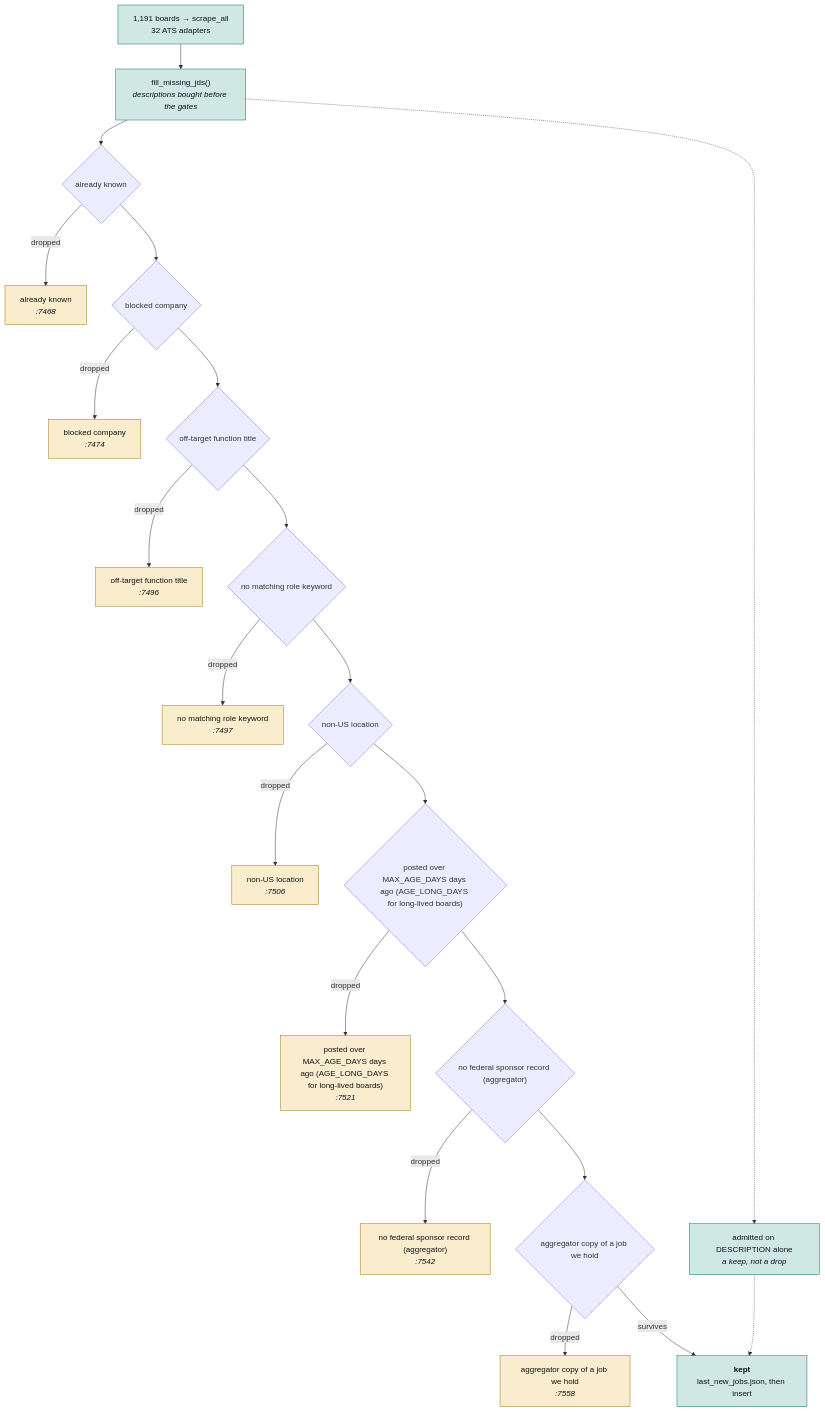
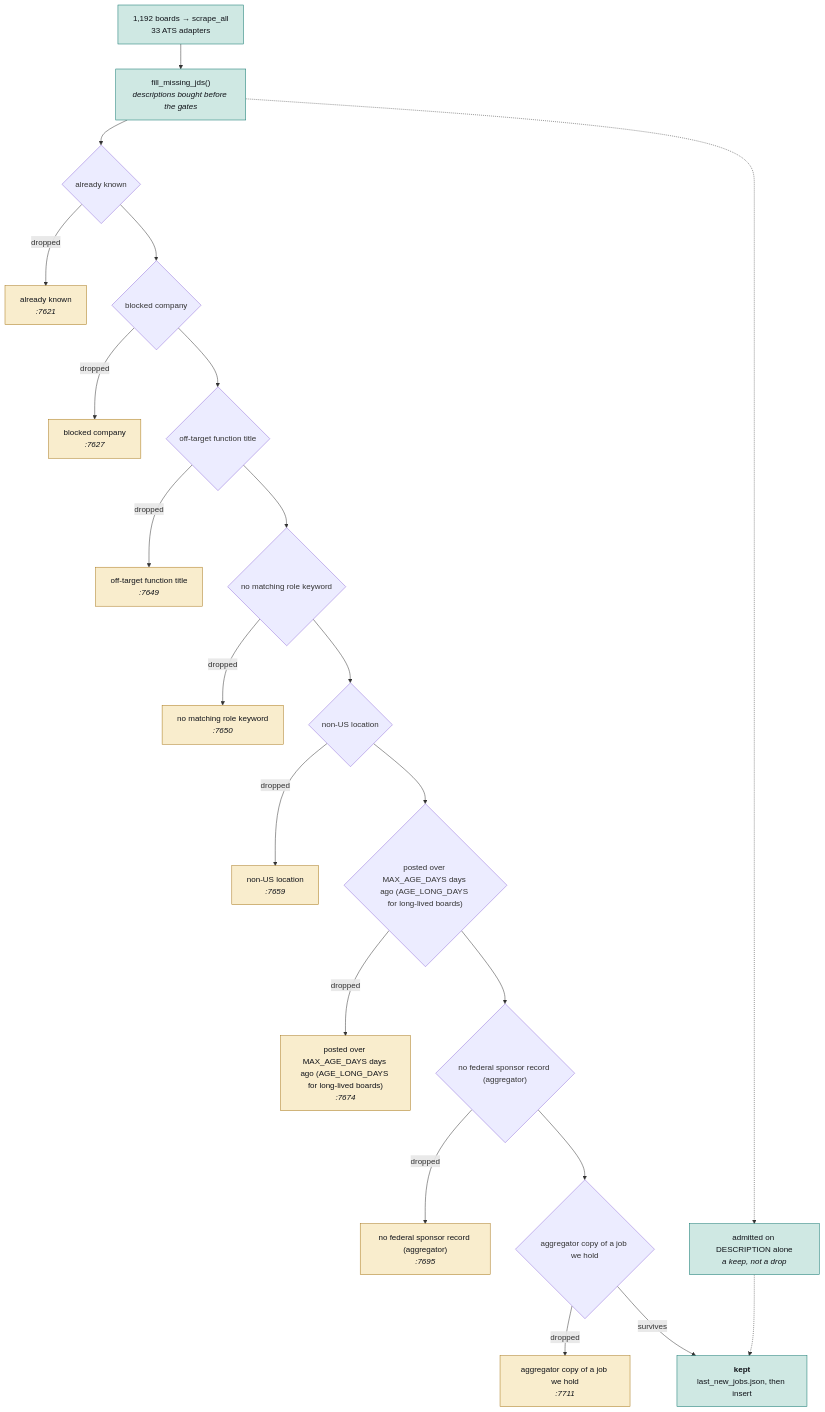
The second of 4 diagrams in JobMatch Scraper/docs/ARCHITECTURE.md (hadakunal909-debug/job-search-tool), drawn with Mermaid before and after one commit. The commit also changed other lines of this file and 6 other files, not shown here.

````diff
--- a/JobMatch Scraper/docs/ARCHITECTURE.md
+++ b/JobMatch Scraper/docs/ARCHITECTURE.md
@@ -106,54 +106,54 @@
 ```mermaid
 flowchart TB
-  SRC["1,191 boards → scrape_all<br/>32 ATS adapters"]
+  SRC["1,192 boards → scrape_all<br/>33 ATS adapters"]
   JD["fill_missing_jds()<br/><i>descriptions bought before the gates</i>"]
   SRC --> JD
   G0{"already known"}
-  D0["already known<br/><i>:7468</i>"]
+  D0["already known<br/><i>:7621</i>"]
   JD --> G0
   G0 -->|dropped| D0
   class D0 trap
   G1{"blocked company"}
-  D1["blocked company<br/><i>:7474</i>"]
+  D1["blocked company<br/><i>:7627</i>"]
   G0 --> G1
   G1 -->|dropped| D1
   class D1 trap
   G2{"off-target function title"}
-  D2["off-target function title<br/><i>:7496</i>"]
+  D2["off-target function title<br/><i>:7649</i>"]
   G1 --> G2
   G2 -->|dropped| D2
   class D2 trap
   G3{"no matching role keyword"}
-  D3["no matching role keyword<br/><i>:7497</i>"]
+  D3["no matching role keyword<br/><i>:7650</i>"]
   G2 --> G3
   G3 -->|dropped| D3
   class D3 trap
   G4{"non-US location"}
-  D4["non-US location<br/><i>:7506</i>"]
+  D4["non-US location<br/><i>:7659</i>"]
   G3 --> G4
   G4 -->|dropped| D4
   class D4 trap
   G5{"posted over MAX_AGE_DAYS days ago (AGE_LONG_DAYS for long-lived boards)"}
-  D5["posted over MAX_AGE_DAYS days ago (AGE_LONG_DAYS for long-lived boards)<br/><i>:7521</i>"]
+  D5["posted over MAX_AGE_DAYS days ago (AGE_LONG_DAYS for long-lived boards)<br/><i>:7674</i>"]
   G4 --> G5
   G5 -->|dropped| D5
   class D5 trap
   G6{"no federal sponsor record (aggregator)"}
-  D6["no federal sponsor record (aggregator)<br/><i>:7542</i>"]
+  D6["no federal sponsor record (aggregator)<br/><i>:7695</i>"]
   G5 --> G6
   G6 -->|dropped| D6
   class D6 trap
   G7{"aggregator copy of a job we hold"}
-  D7["aggregator copy of a job we hold<br/><i>:7558</i>"]
+  D7["aggregator copy of a job we hold<br/><i>:7711</i>"]
   G6 --> G7
   G7 -->|dropped| D7
   class D7 trap
   KEEP["<b>kept</b><br/>last_new_jobs.json, then insert"]
   G7 -->|survives| KEEP
   RESCUE["admitted on DESCRIPTION alone<br/><i>a keep, not a drop</i>"]
   JD -.-> RESCUE
   RESCUE -.-> KEEP
   classDef trap fill:#f9edcd,stroke:#a8781a,color:#101319
   classDef sched fill:#cfe8e3,stroke:#0f766e,color:#101319
   class SRC,JD,KEEP,RESCUE sched
 ```
````
